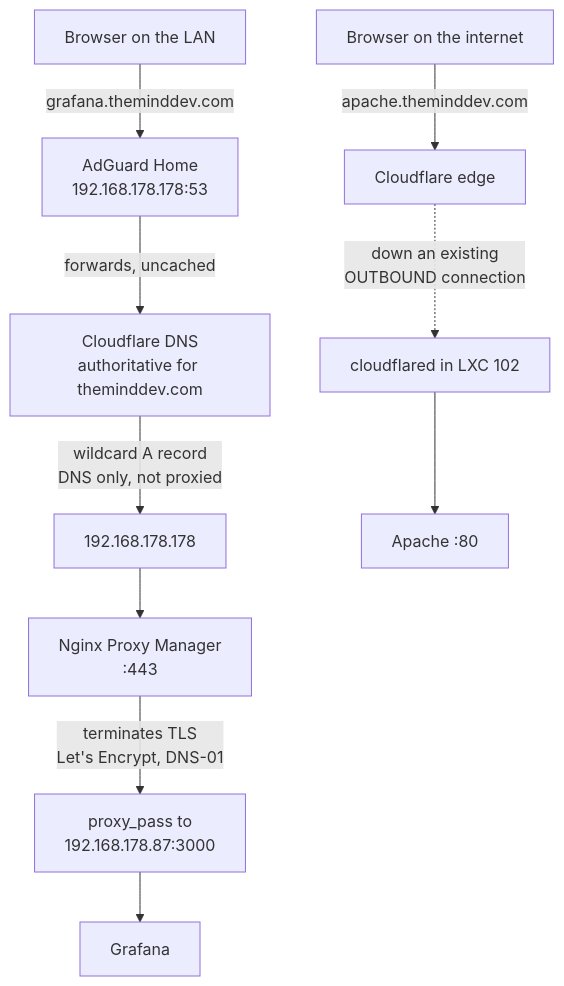
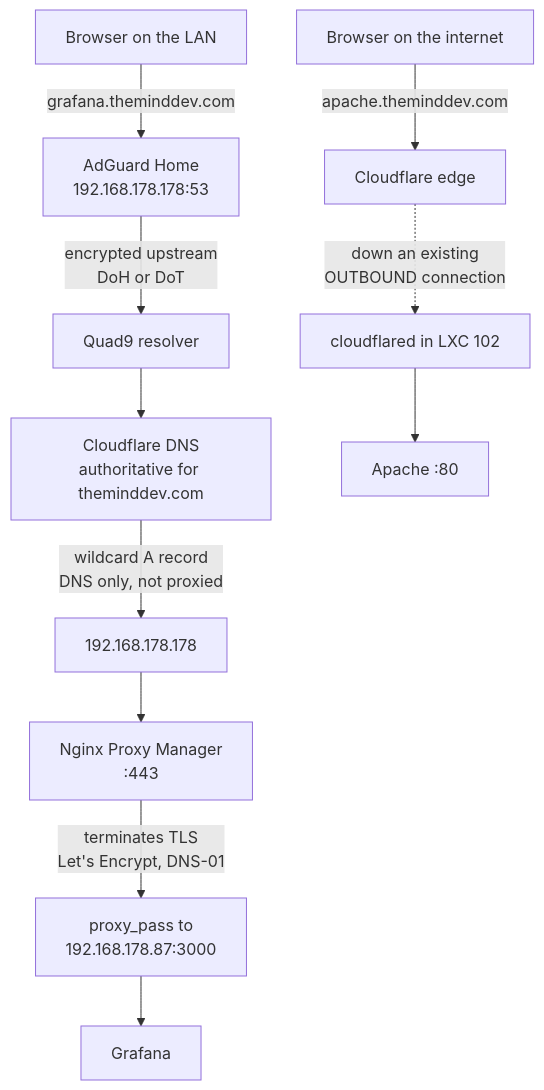
Before and after one commit to theMindDeveloper/Project-Homelab: the diagram in docs/05-networking-dns-tls.md, drawn with Mermaid. The commit also changed other lines of this file and 20 other files, not shown here.

````diff
--- a/docs/05-networking-dns-tls.md
+++ b/docs/05-networking-dns-tls.md
@@ -37,13 +37,14 @@
 ```mermaid
 flowchart TD
     A[Browser on the LAN] -->|grafana.theminddev.com| B[AdGuard Home<br/>192.168.178.178:53]
-    B -->|forwards, uncached| C[Cloudflare DNS<br/>authoritative for theminddev.com]
+    B -->|encrypted upstream<br/>DoH or DoT| Q[Quad9 resolver]
+    Q --> C[Cloudflare DNS<br/>authoritative for theminddev.com]
     C -->|wildcard A record<br/>DNS only, not proxied| D[192.168.178.178]
     D --> E[Nginx Proxy Manager<br/>:443]
     E -->|terminates TLS<br/>Let's Encrypt, DNS-01| F[proxy_pass to<br/>192.168.178.87:3000]
     F --> G[Grafana]
 
     H[Browser on the internet] -->|apache.theminddev.com| I[Cloudflare edge]
     I -.->|down an existing<br/>OUTBOUND connection| J[cloudflared in LXC 102]
     J --> K[Apache :80]
 ```
````
